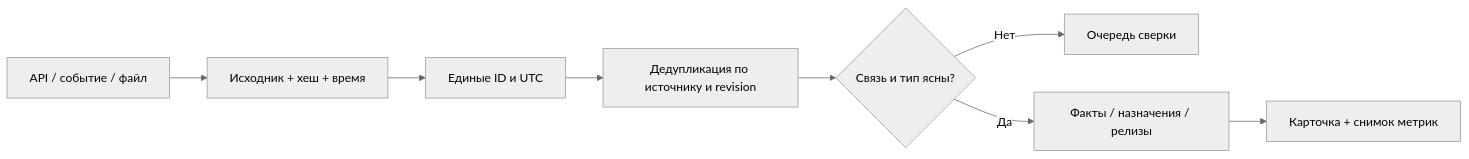
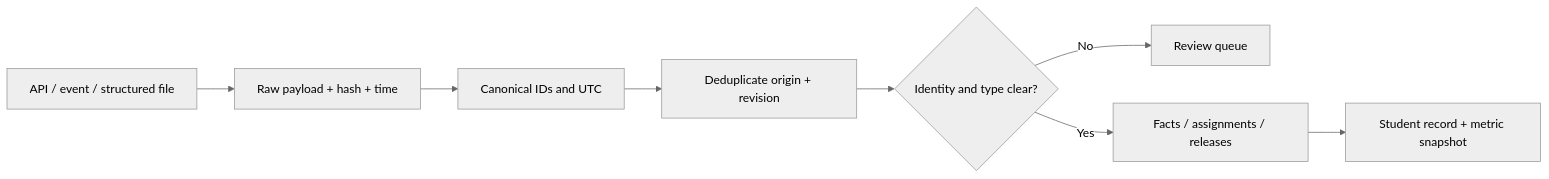
One commit to valeriiakosharna-ops/course-statistic-architecture changed the second of 2 diagrams in docs/concept.md. Above: the diagram before and after it, drawn with Mermaid (neutral theme). The commit also changed other lines of this file and 26 other files, not shown here.

````diff
--- a/docs/concept.md
+++ b/docs/concept.md
@@ -65,10 +49,10 @@
 ```mermaid
 flowchart LR
-  I[API / событие / файл] --> R[Исходник + хеш + время]
-  R --> N[Единые ID и UTC]
-  N --> U[Дедупликация по источнику и revision]
-  U --> K{Связь и тип ясны?}
-  K -->|Нет| Q[Очередь сверки]
-  K -->|Да| F[Факты / назначения / релизы]
-  F --> C[Карточка + снимок метрик]
+  I[API / event / structured file] --> R[Raw payload + hash + time]
+  R --> N[Canonical IDs and UTC]
+  N --> U[Deduplicate origin + revision]
+  U --> K{Identity and type clear?}
+  K -->|No| Q[Review queue]
+  K -->|Yes| F[Facts / assignments / releases]
+  F --> C[Student record + metric snapshot]
 ```
````
